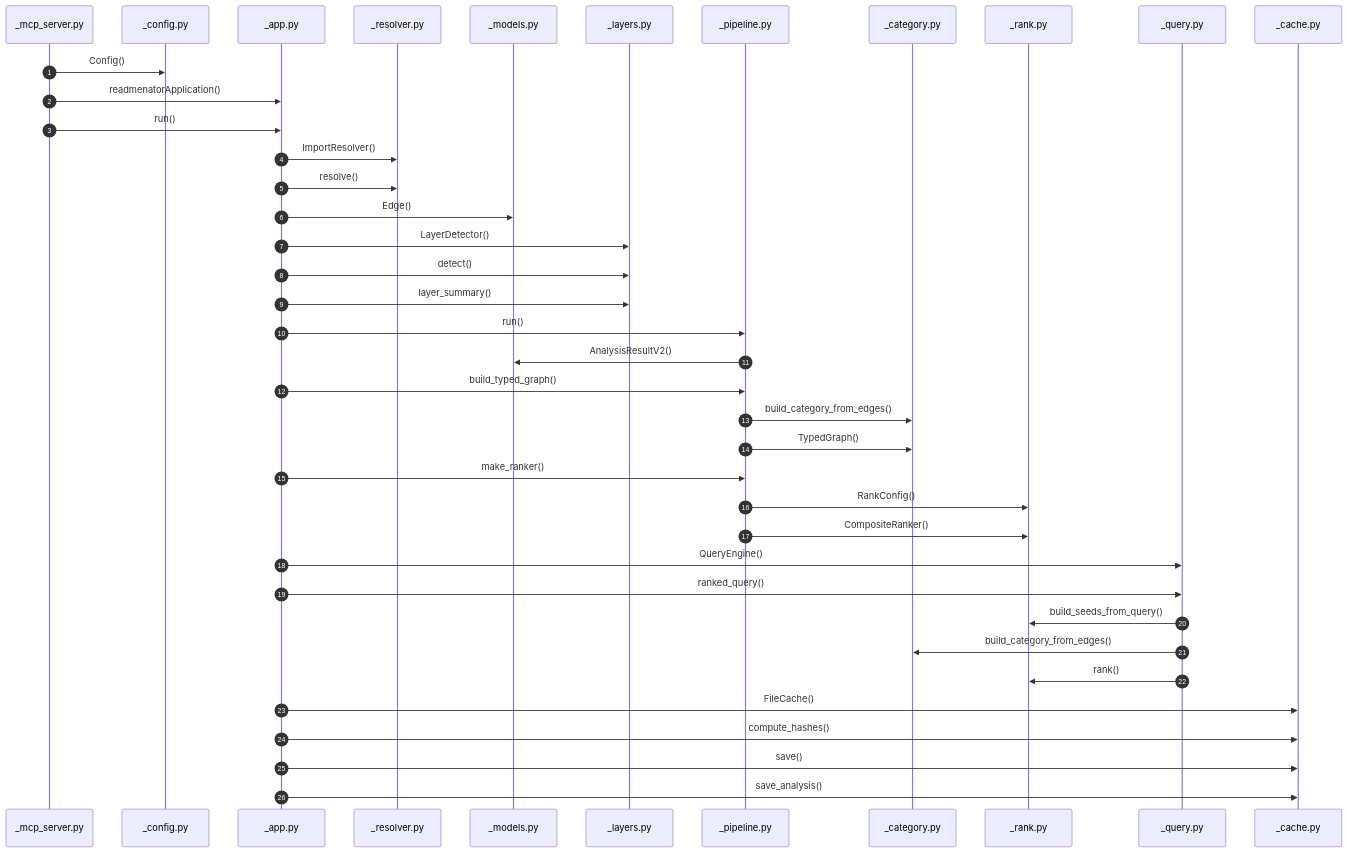
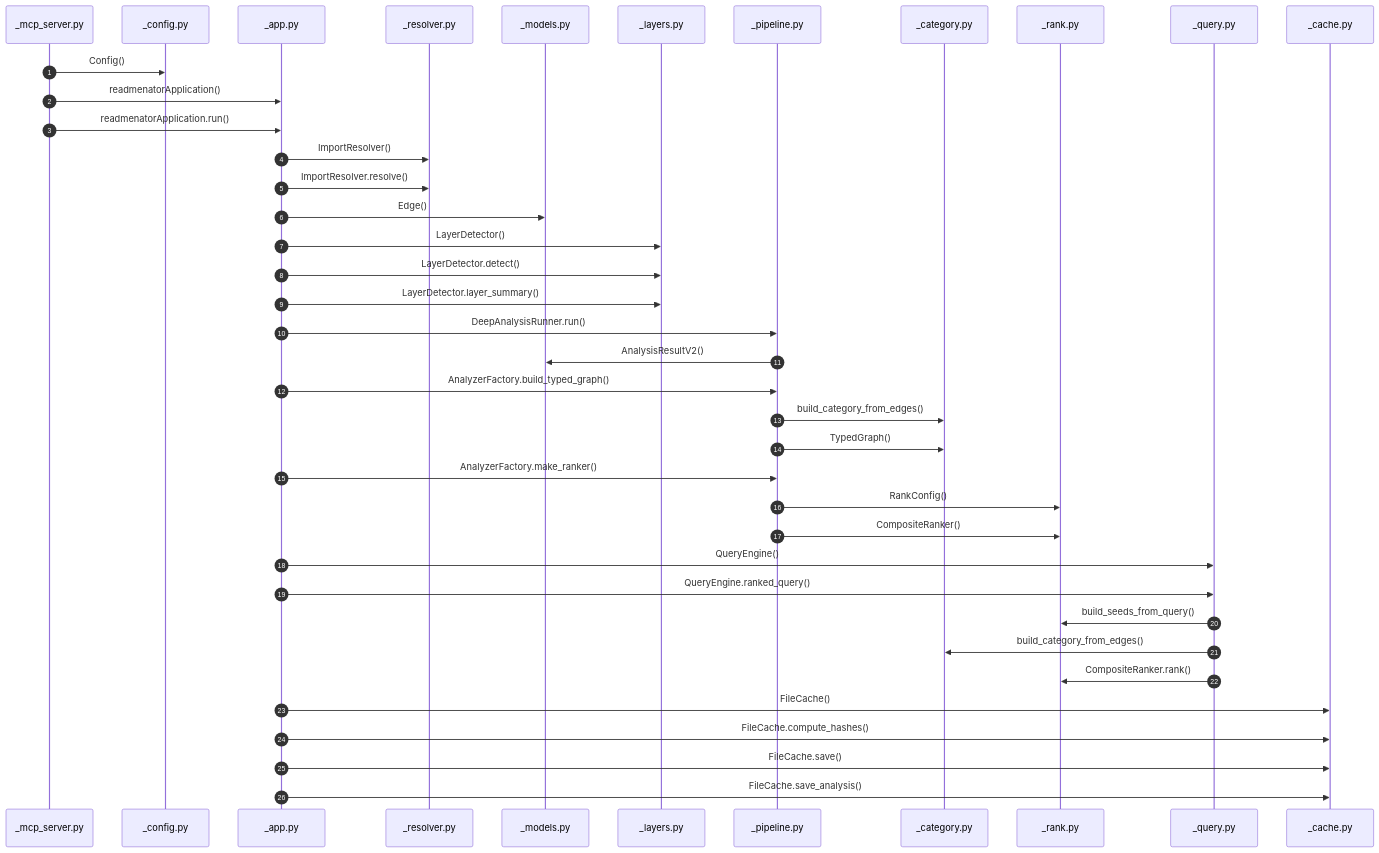
One commit to grisuno/ReadMenator changed the sixth of 7 diagrams in readmenator-apidocs/architecture.md. Above: the diagram before and after it, drawn with Mermaid. The commit also changed other lines of this file and 224 other files, not shown here.

Commit message:
new diagrams :D

````diff
--- a/readmenator-apidocs/architecture.md
+++ b/readmenator-apidocs/architecture.md
@@ -427,41 +643,41 @@
 ```mermaid
 sequenceDiagram
     autonumber
     participant p_readmenator__mcp_server_py as _mcp_server.py
     participant p_readmenator__config_py as _config.py
     participant p_readmenator__app_py as _app.py
     participant p_readmenator__resolver_py as _resolver.py
     participant p_readmenator__models_py as _models.py
     participant p_readmenator__layers_py as _layers.py
     participant p_readmenator__pipeline_py as _pipeline.py
     participant p_readmenator__category_py as _category.py
     participant p_readmenator__rank_py as _rank.py
     participant p_readmenator__query_py as _query.py
     participant p_readmenator__cache_py as _cache.py
     p_readmenator__mcp_server_py->>p_readmenator__config_py: Config()
     p_readmenator__mcp_server_py->>p_readmenator__app_py: readmenatorApplication()
-    p_readmenator__mcp_server_py->>p_readmenator__app_py: run()
+    p_readmenator__mcp_server_py->>p_readmenator__app_py: readmenatorApplication.run()
     p_readmenator__app_py->>p_readmenator__resolver_py: ImportResolver()
-    p_readmenator__app_py->>p_readmenator__resolver_py: resolve()
+    p_readmenator__app_py->>p_readmenator__resolver_py: ImportResolver.resolve()
     p_readmenator__app_py->>p_readmenator__models_py: Edge()
     p_readmenator__app_py->>p_readmenator__layers_py: LayerDetector()
-    p_readmenator__app_py->>p_readmenator__layers_py: detect()
-    p_readmenator__app_py->>p_readmenator__layers_py: layer_summary()
-    p_readmenator__app_py->>p_readmenator__pipeline_py: run()
+    p_readmenator__app_py->>p_readmenator__layers_py: LayerDetector.detect()
+    p_readmenator__app_py->>p_readmenator__layers_py: LayerDetector.layer_summary()
+    p_readmenator__app_py->>p_readmenator__pipeline_py: DeepAnalysisRunner.run()
     p_readmenator__pipeline_py->>p_readmenator__models_py: AnalysisResultV2()
-    p_readmenator__app_py->>p_readmenator__pipeline_py: build_typed_graph()
+    p_readmenator__app_py->>p_readmenator__pipeline_py: AnalyzerFactory.build_typed_graph()
     p_readmenator__pipeline_py->>p_readmenator__category_py: build_category_from_edges()
     p_readmenator__pipeline_py->>p_readmenator__category_py: TypedGraph()
-    p_readmenator__app_py->>p_readmenator__pipeline_py: make_ranker()
+    p_readmenator__app_py->>p_readmenator__pipeline_py: AnalyzerFactory.make_ranker()
     p_readmenator__pipeline_py->>p_readmenator__rank_py: RankConfig()
     p_readmenator__pipeline_py->>p_readmenator__rank_py: CompositeRanker()
     p_readmenator__app_py->>p_readmenator__query_py: QueryEngine()
-    p_readmenator__app_py->>p_readmenator__query_py: ranked_query()
+    p_readmenator__app_py->>p_readmenator__query_py: QueryEngine.ranked_query()
     p_readmenator__query_py->>p_readmenator__rank_py: build_seeds_from_query()
     p_readmenator__query_py->>p_readmenator__category_py: build_category_from_edges()
-    p_readmenator__query_py->>p_readmenator__rank_py: rank()
+    p_readmenator__query_py->>p_readmenator__rank_py: CompositeRanker.rank()
     p_readmenator__app_py->>p_readmenator__cache_py: FileCache()
-    p_readmenator__app_py->>p_readmenator__cache_py: compute_hashes()
-    p_readmenator__app_py->>p_readmenator__cache_py: save()
-    p_readmenator__app_py->>p_readmenator__cache_py: save_analysis()
+    p_readmenator__app_py->>p_readmenator__cache_py: FileCache.compute_hashes()
+    p_readmenator__app_py->>p_readmenator__cache_py: FileCache.save()
+    p_readmenator__app_py->>p_readmenator__cache_py: FileCache.save_analysis()
 ```
````
